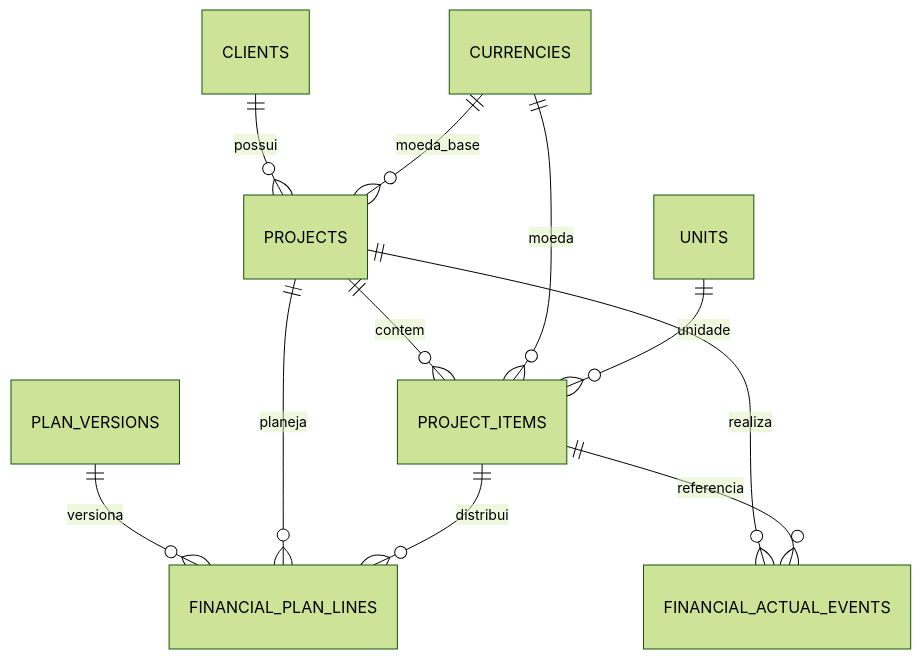
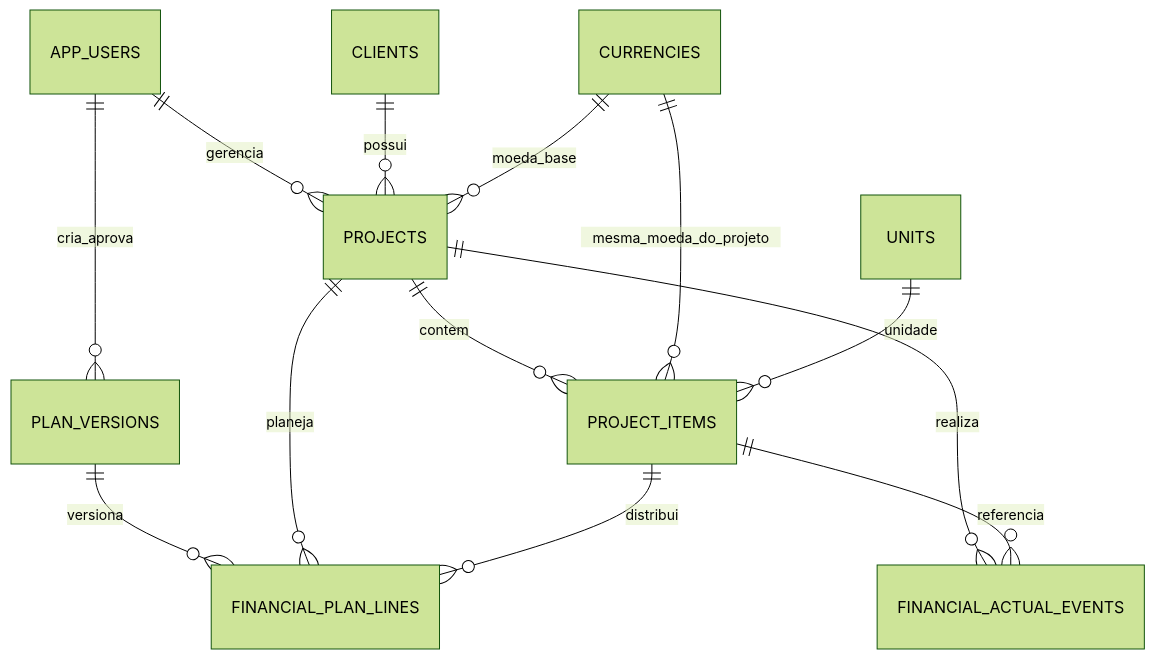
Before and after one commit to igorjesus-coder/projeto-ltc-m: the second of 2 diagrams in docs/project-specification.md, drawn with Mermaid (forest theme). The commit also changed other lines of this file and 7 other files, not shown here.

Commit message:
docs: adopt Render Auth0 and database-only Supabase architecture

````diff
--- a/docs/project-specification.md
+++ b/docs/project-specification.md
@@ -233,13 +297,15 @@
 ```mermaid
 erDiagram
+    APP_USERS ||--o{ PROJECTS : gerencia
+    APP_USERS ||--o{ PLAN_VERSIONS : cria_aprova
     CLIENTS ||--o{ PROJECTS : possui
     PROJECTS ||--o{ PROJECT_ITEMS : contem
     PLAN_VERSIONS ||--o{ FINANCIAL_PLAN_LINES : versiona
     PROJECTS ||--o{ FINANCIAL_PLAN_LINES : planeja
     PROJECT_ITEMS ||--o{ FINANCIAL_PLAN_LINES : distribui
     PROJECTS ||--o{ FINANCIAL_ACTUAL_EVENTS : realiza
     PROJECT_ITEMS ||--o{ FINANCIAL_ACTUAL_EVENTS : referencia
     CURRENCIES ||--o{ PROJECTS : moeda_base
-    CURRENCIES ||--o{ PROJECT_ITEMS : moeda
+    CURRENCIES ||--o{ PROJECT_ITEMS : mesma_moeda_do_projeto
     UNITS ||--o{ PROJECT_ITEMS : unidade
 ```
````
